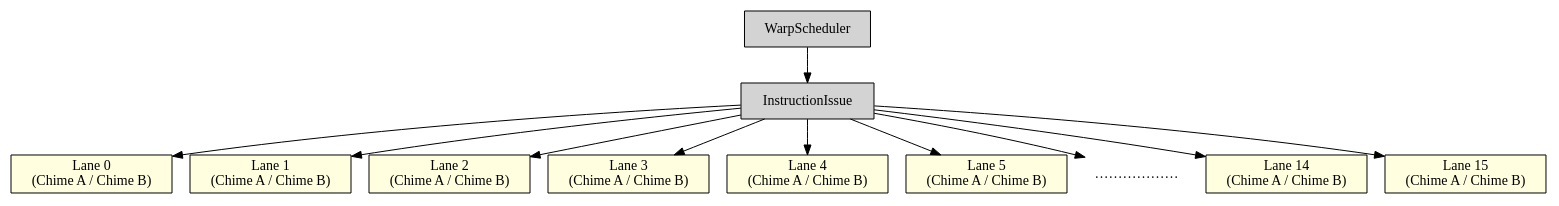
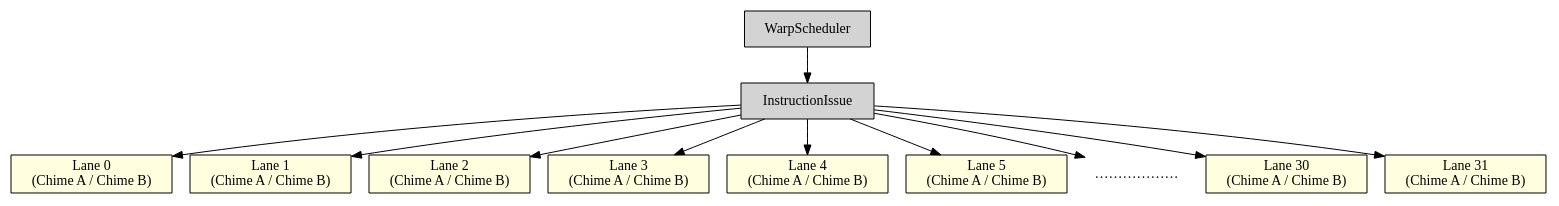
The diagram in Fig/gpu/warp-sched-pipeline.gv (Jonathan2251/lbd), drawn with Graphviz before and after one commit. The commit also changed 12 other files, not shown here.

```diff
--- a/Fig/gpu/warp-sched-pipeline.gv
+++ b/Fig/gpu/warp-sched-pipeline.gv
@@ -1,25 +1,25 @@
 digraph WarpSchedulerPipeline {
     rankdir=TB;
     node [shape=box, style=filled, fillcolor=lightgray];
 
     WarpScheduler -> InstructionIssue;
     InstructionIssue -> Lane0;
     InstructionIssue -> Lane1;
     InstructionIssue -> Lane2;
     InstructionIssue -> Lane3;
     InstructionIssue -> Lane4;
     InstructionIssue -> Lane5;
     InstructionIssue -> Placeholder;
-    InstructionIssue -> Lane14;
-    InstructionIssue -> Lane15;
+    InstructionIssue -> Lane30;
+    InstructionIssue -> Lane31;
 
     Lane0 [label="Lane 0\n(Chime A / Chime B)", fillcolor=lightyellow];
     Lane1 [label="Lane 1\n(Chime A / Chime B)", fillcolor=lightyellow];
     Lane2 [label="Lane 2\n(Chime A / Chime B)", fillcolor=lightyellow];
     Lane3 [label="Lane 3\n(Chime A / Chime B)", fillcolor=lightyellow];
     Lane4 [label="Lane 4\n(Chime A / Chime B)", fillcolor=lightyellow];
     Lane5 [label="Lane 5\n(Chime A / Chime B)", fillcolor=lightyellow];
     Placeholder [label="………………", shape=plaintext, fillcolor=white];
-    Lane14 [label="Lane 14\n(Chime A / Chime B)", fillcolor=lightyellow];
-    Lane15 [label="Lane 15\n(Chime A / Chime B)", fillcolor=lightyellow];
+    Lane30 [label="Lane 30\n(Chime A / Chime B)", fillcolor=lightyellow];
+    Lane31 [label="Lane 31\n(Chime A / Chime B)", fillcolor=lightyellow];
 }
```
